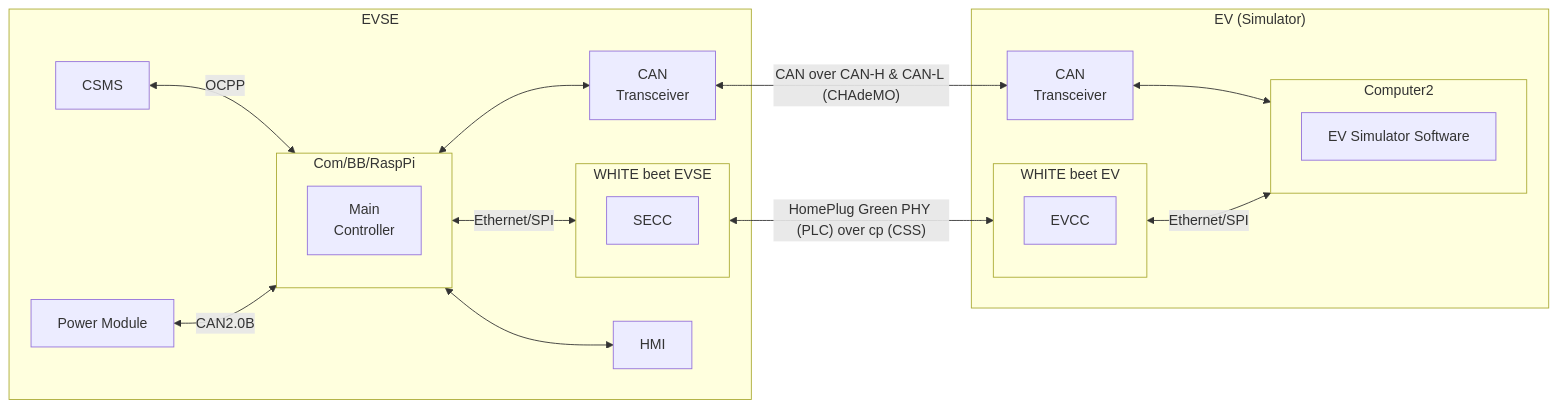
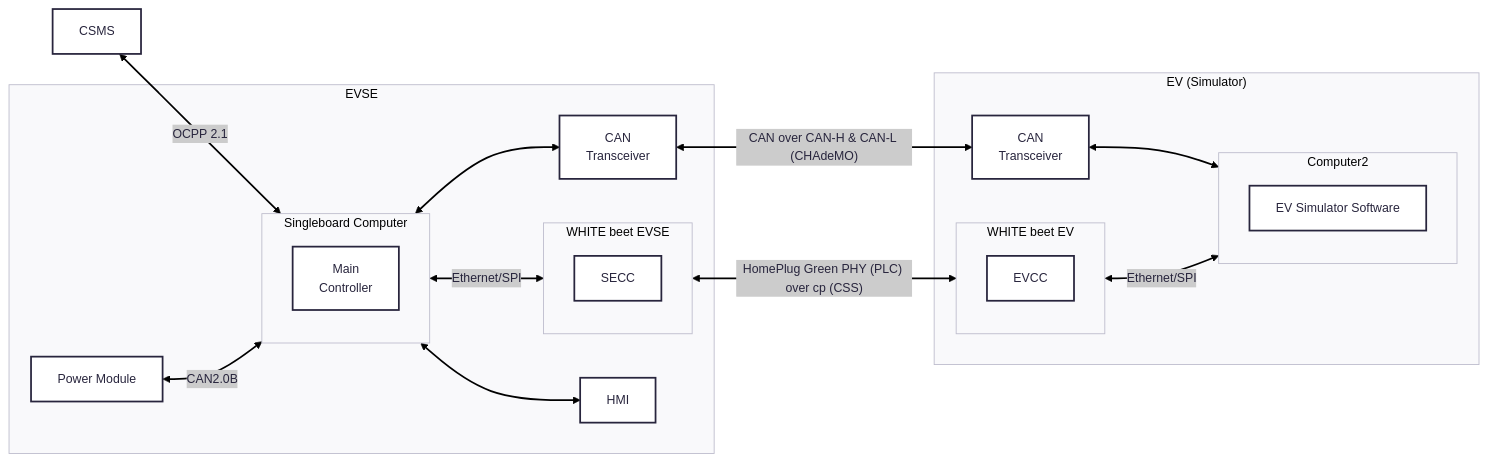
Before and after one commit to ruslylove/FreeV2G: the diagram in mermaid/architecture.mmd, drawn with Mermaid. The commit also changed other lines of this file, not shown here.

Commit message:
update architecture.

```diff
--- a/mermaid/architecture.mmd
+++ b/mermaid/architecture.mmd
@@ -1,49 +1,42 @@
+---
+config:
+  theme: redux
+  layout: dagre
+---
 flowchart LR
-
-    subgraph EVSE 
-    Charger
-    
-    subgraph WHITE beet EVSE
-        direction TB
-        SECC
-    end
-    
-
-    subgraph Com/BB/RaspPi
-        direction TB
-        CA
-    end
-
-    CT1[CAN<br>Transceiver]
-
-    CA <--> HMI
-    CA <--> CT1
-
-    CSMS <-- OCPP --> CA
-
-    end
-
-    subgraph EVS["EV (Simulator)"]
-
-    subgraph WHITE beet EV
-        direction TB
-        EVCC
-    end
-
-   
-
-
-    subgraph Computer2
-        direction TB
-        EV
-    end
-
-        CT2[CAN<br>Transceiver]
-
-
-    end
-
-
-    Charger["Power Module"] <-- CAN2.0B --> CA[Main<br>Controller] <-->|Ethernet/SPI| SECC <-->|"HomePlug Green PHY (PLC) over cp (CSS)"| EVCC <-->|Ethernet/SPI| EV["EV Simulator Software"]
-    CT1 <-- CAN over CAN-H & CAN-L (CHAdeMO) --> CT2 <--> EV
+ subgraph subGraph0["WHITE beet EVSE"]
     direction TB
+        SECC["SECC"]
+  end
+ subgraph subGraph1["Singleboard Computer"]
+    direction TB
+        CA["Main<br>Controller"]
+  end
+ subgraph subGraph2["EVSE"]
+        Charger["Power Module"]
+        subGraph0
+        subGraph1
+        CT1["CAN<br>Transceiver"]
+        HMI["HMI"]
+  end
+ subgraph subGraph3["WHITE beet EV"]
+    direction TB
+        EVCC["EVCC"]
+  end
+ subgraph Computer2["Computer2"]
+    direction TB
+        EV["EV Simulator Software"]
+  end
+ subgraph EVS["EV (Simulator)"]
+        subGraph3
+        Computer2
+        CT2["CAN<br>Transceiver"]
+  end
+    CA <--> HMI & CT1
+    CSMS["CSMS"] <-- "OCPP 2.1" --> CA
+    Charger <-- "CAN2.0B" --> CA
+    CA <-- Ethernet/SPI --> SECC
+    SECC <-- HomePlug Green PHY (PLC) over cp (CSS) --> EVCC
+    EVCC <-- Ethernet/SPI --> EV
+    CT1 <-- "CAN over CAN-H & CAN-L (CHAdeMO)" --> CT2
+    CT2 <--> EV
```
